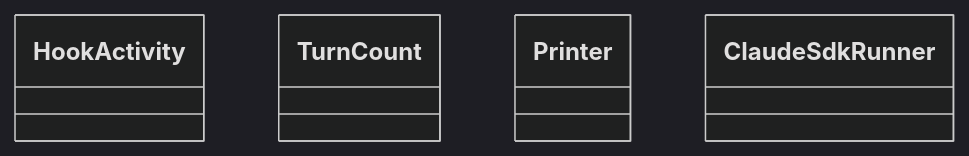
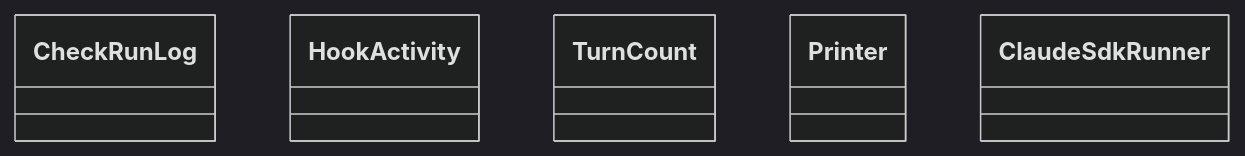
Before and after one commit to GonzaloZevallos/agentic-system: the diagram in docs/architecture/generated/classes-process-adapters-claude_sdk.md, drawn with Mermaid (dark theme). The commit also changed 10 other files, not shown here.

Commit message:
Regenerate the architecture docs for the check-run log

````diff
--- a/docs/architecture/generated/classes-process-adapters-claude_sdk.md
+++ b/docs/architecture/generated/classes-process-adapters-claude_sdk.md
@@ -11,7 +11,8 @@
 ```mermaid
 classDiagram
+    class claude_sdk__check_run_log__CheckRunLog["CheckRunLog"]
     class claude_sdk__hooks__HookActivity["HookActivity"]
     class claude_sdk__hooks__TurnCount["TurnCount"]
     class claude_sdk__printer__Printer["Printer"]
     class claude_sdk__runner__ClaudeSdkRunner["ClaudeSdkRunner"]
 ```
````
